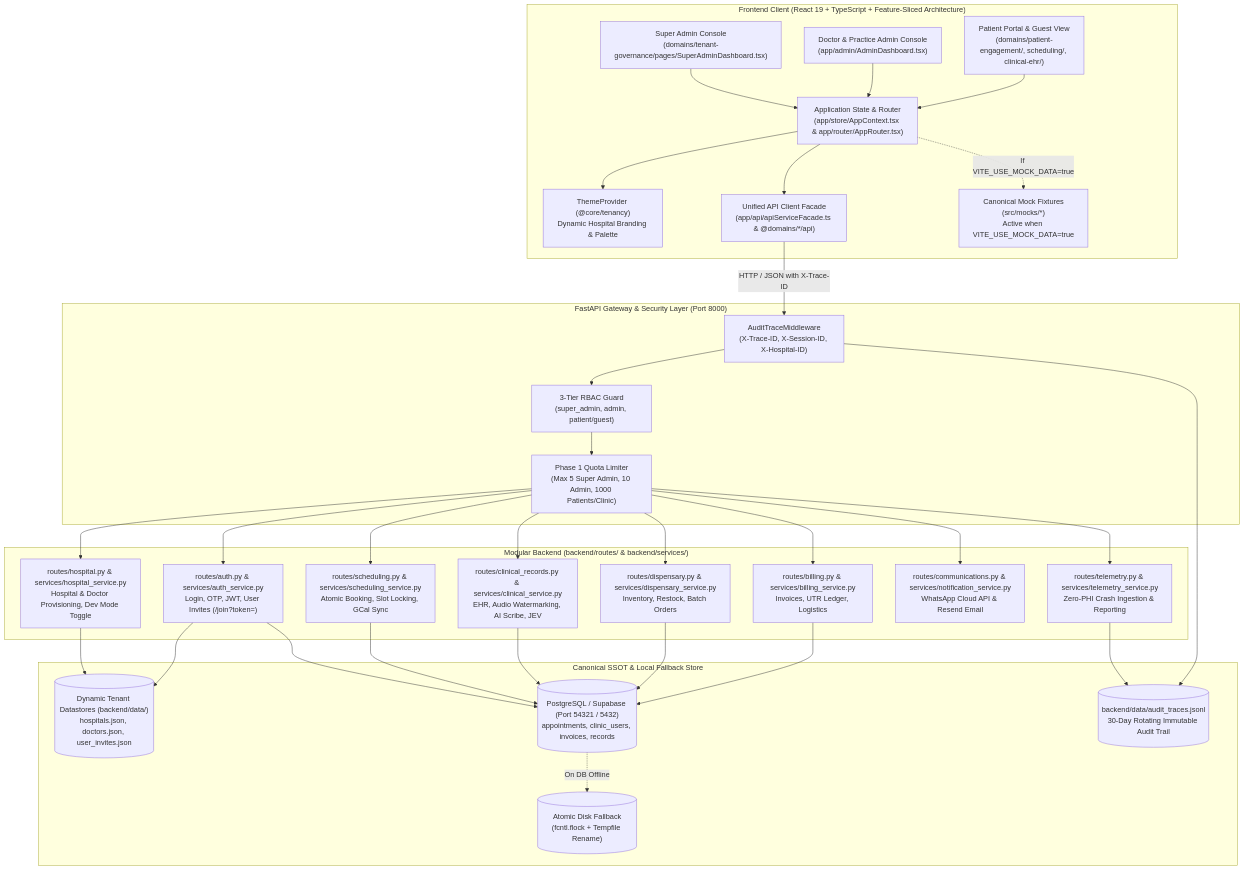
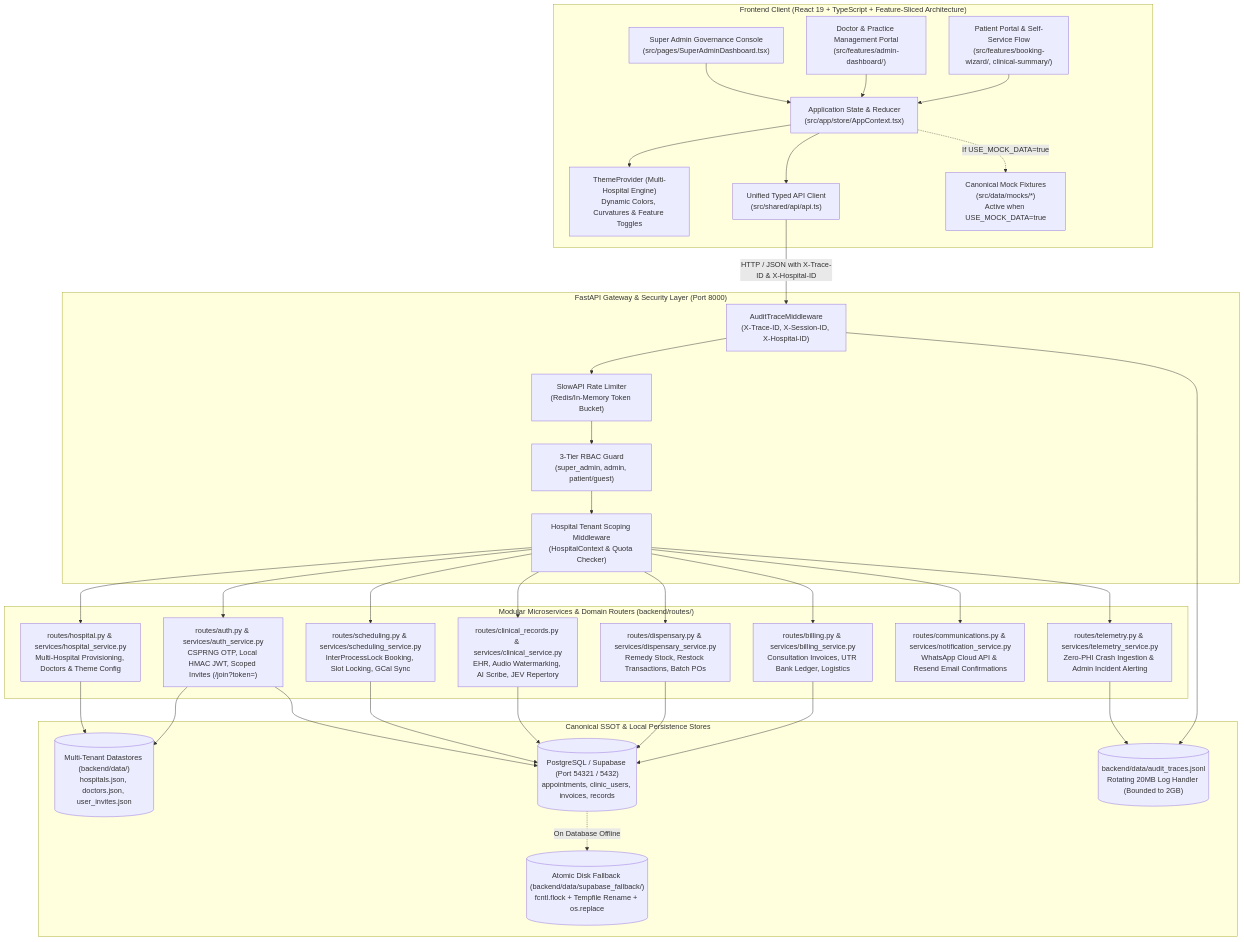
One commit to NITIN0601/Homo_project changed the diagram in doc/ARCHITECTURE.md. Above: the diagram before and after it, drawn with Mermaid. The commit also changed other lines of this file and 4 other files, not shown here.

First line of the commit message:
docs: map system architecture to enterprise multi-hospital platform

````diff
--- a/doc/ARCHITECTURE.md
+++ b/doc/ARCHITECTURE.md
@@ -35,65 +39,68 @@
 ```mermaid
 graph TB
     subgraph ClientLayer["Frontend Client (React 19 + TypeScript + Feature-Sliced Architecture)"]
-        UI_SUPER["Super Admin Console<br/>(domains/tenant-governance/pages/SuperAdminDashboard.tsx)"]
-        UI_ADMIN["Doctor & Practice Admin Console<br/>(app/admin/AdminDashboard.tsx)"]
-        UI_PATIENT["Patient Portal & Guest View<br/>(domains/patient-engagement/, scheduling/, clinical-ehr/)"]
-        APP_CTX["Application State & Router<br/>(app/store/AppContext.tsx & app/router/AppRouter.tsx)"]
-        THEME_CTX["ThemeProvider (@core/tenancy)<br/>Dynamic Hospital Branding & Palette"]
-        API_CLIENT["Unified API Client Facade<br/>(app/api/apiServiceFacade.ts & @domains/*/api)"]
-        MOCK_FIXTURES["Canonical Mock Fixtures<br/>(src/mocks/*)<br/>Active when VITE_USE_MOCK_DATA=true"]
+        UI_SUPER["Super Admin Governance Console<br/>(src/pages/SuperAdminDashboard.tsx)"]
+        UI_ADMIN["Doctor & Practice Management Portal<br/>(src/features/admin-dashboard/)"]
+        UI_PATIENT["Patient Portal & Self-Service Flow<br/>(src/features/booking-wizard/, clinical-summary/)"]
+        APP_CTX["Application State & Reducer<br/>(src/app/store/AppContext.tsx)"]
+        THEME_CTX["ThemeProvider (Multi-Hospital Engine)<br/>Dynamic Colors, Curvatures & Feature Toggles"]
+        API_CLIENT["Unified Typed API Client<br/>(src/shared/api/api.ts)"]
+        MOCK_FIXTURES["Canonical Mock Fixtures<br/>(src/data/mocks/*)<br/>Active when USE_MOCK_DATA=true"]
     end
 
     subgraph GatewayLayer["FastAPI Gateway & Security Layer (Port 8000)"]
         AUDIT_MID["AuditTraceMiddleware<br/>(X-Trace-ID, X-Session-ID, X-Hospital-ID)"]
         RBAC_GUARD["3-Tier RBAC Guard<br/>(super_admin, admin, patient/guest)"]
-        QUOTA_GUARD["Phase 1 Quota Limiter<br/>(Max 5 Super Admin, 10 Admin, 1000 Patients/Clinic)"]
+        RATE_LIMITER["SlowAPI Rate Limiter<br/>(Redis/In-Memory Token Bucket)"]
+        TENANT_RESOLVER["Hospital Tenant Scoping Middleware<br/>(HospitalContext & Quota Checker)"]
     end
 
-    subgraph BackendModules["Modular Backend (backend/routes/ & backend/services/)"]
-        M_HOSP["routes/hospital.py & services/hospital_service.py<br/>Hospital & Doctor Provisioning, Dev Mode Toggle"]
-        M_AUTH["routes/auth.py & services/auth_service.py<br/>Login, OTP, JWT, User Invites (/join?token=)"]
-        M_SCHED["routes/scheduling.py & services/scheduling_service.py<br/>Atomic Booking, Slot Locking, GCal Sync"]
-        M_CLIN["routes/clinical_records.py & services/clinical_service.py<br/>EHR, Audio Watermarking, AI Scribe, JEV"]
-        M_DISP["routes/dispensary.py & services/dispensary_service.py<br/>Inventory, Restock, Batch Orders"]
-        M_BILL["routes/billing.py & services/billing_service.py<br/>Invoices, UTR Ledger, Logistics"]
-        M_COMM["routes/communications.py & services/notification_service.py<br/>WhatsApp Cloud API & Resend Email"]
-        M_TELEM["routes/telemetry.py & services/telemetry_service.py<br/>Zero-PHI Crash Ingestion & Reporting"]
+    subgraph BackendModules["Modular Microservices & Domain Routers (backend/routes/)"]
+        M_HOSP["routes/hospital.py & services/hospital_service.py<br/>Multi-Hospital Provisioning, Doctors & Theme Config"]
+        M_AUTH["routes/auth.py & services/auth_service.py<br/>CSPRNG OTP, Local HMAC JWT, Scoped Invites (/join?token=)"]
+        M_SCHED["routes/scheduling.py & services/scheduling_service.py<br/>InterProcessLock Booking, Slot Locking, GCal Sync"]
+        M_CLIN["routes/clinical_records.py & services/clinical_service.py<br/>EHR, Audio Watermarking, AI Scribe, JEV Repertory"]
+        M_DISP["routes/dispensary.py & services/dispensary_service.py<br/>Remedy Stock, Restock Transactions, Batch POs"]
+        M_BILL["routes/billing.py & services/billing_service.py<br/>Consultation Invoices, UTR Bank Ledger, Logistics"]
+        M_COMM["routes/communications.py & services/notification_service.py<br/>WhatsApp Cloud API & Resend Email Confirmations"]
+        M_TELEM["routes/telemetry.py & services/telemetry_service.py<br/>Zero-PHI Crash Ingestion & Admin Incident Alerting"]
     end
 
-    subgraph DataLayer["Canonical SSOT & Local Fallback Store"]
+    subgraph DataLayer["Canonical SSOT & Local Persistence Stores"]
         DB_POSTGRES[("PostgreSQL / Supabase (Port 54321 / 5432)<br/>appointments, clinic_users, invoices, records")]
-        TENANT_REG[("Dynamic Tenant Datastores (backend/data/)<br/>hospitals.json, doctors.json, user_invites.json")]
-        DISK_FALLBACK[("Atomic Disk Fallback<br/>(fcntl.flock + Tempfile Rename)")]
-        AUDIT_STORE[("backend/data/audit_traces.jsonl<br/>30-Day Rotating Immutable Audit Trail")]
+        TENANT_REG[("Multi-Tenant Datastores (backend/data/)<br/>hospitals.json, doctors.json, user_invites.json")]
+        DISK_FALLBACK[("Atomic Disk Fallback (backend/data/supabase_fallback/)<br/>fcntl.flock + Tempfile Rename + os.replace")]
+        AUDIT_STORE[("backend/data/audit_traces.jsonl<br/>Rotating 20MB Log Handler (Bounded to 2GB)")]
     end
 
     UI_SUPER --> APP_CTX
     UI_ADMIN --> APP_CTX
     UI_PATIENT --> APP_CTX
     APP_CTX --> THEME_CTX
     APP_CTX --> API_CLIENT
-    APP_CTX -.->|If VITE_USE_MOCK_DATA=true| MOCK_FIXTURES
-    API_CLIENT -->|HTTP / JSON with X-Trace-ID| AUDIT_MID
-    AUDIT_MID --> RBAC_GUARD
-    RBAC_GUARD --> QUOTA_GUARD
-    QUOTA_GUARD --> M_HOSP
-    QUOTA_GUARD --> M_AUTH
-    QUOTA_GUARD --> M_SCHED
-    QUOTA_GUARD --> M_CLIN
-    QUOTA_GUARD --> M_DISP
-    QUOTA_GUARD --> M_BILL
-    QUOTA_GUARD --> M_COMM
-    QUOTA_GUARD --> M_TELEM
+    APP_CTX -.->|If USE_MOCK_DATA=true| MOCK_FIXTURES
+    API_CLIENT -->|HTTP / JSON with X-Trace-ID & X-Hospital-ID| AUDIT_MID
+    AUDIT_MID --> RATE_LIMITER
+    RATE_LIMITER --> RBAC_GUARD
+    RBAC_GUARD --> TENANT_RESOLVER
+
+    TENANT_RESOLVER --> M_HOSP
+    TENANT_RESOLVER --> M_AUTH
+    TENANT_RESOLVER --> M_SCHED
+    TENANT_RESOLVER --> M_CLIN
+    TENANT_RESOLVER --> M_DISP
+    TENANT_RESOLVER --> M_BILL
+    TENANT_RESOLVER --> M_COMM
+    TENANT_RESOLVER --> M_TELEM
 
     M_HOSP --> TENANT_REG
     M_AUTH --> TENANT_REG
     M_AUTH --> DB_POSTGRES
     M_SCHED --> DB_POSTGRES
     M_CLIN --> DB_POSTGRES
     M_DISP --> DB_POSTGRES
     M_BILL --> DB_POSTGRES
     M_TELEM --> AUDIT_STORE
-    DB_POSTGRES -.->|On DB Offline| DISK_FALLBACK
+    DB_POSTGRES -.->|On Database Offline| DISK_FALLBACK
     AUDIT_MID --> AUDIT_STORE
 ```
````
